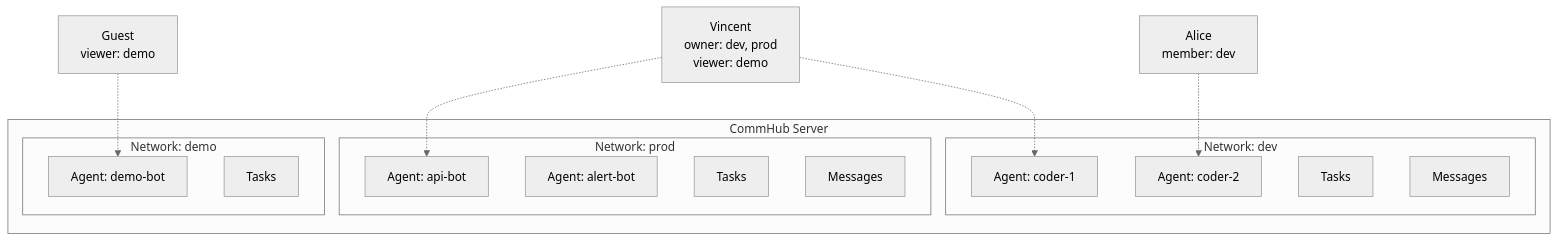
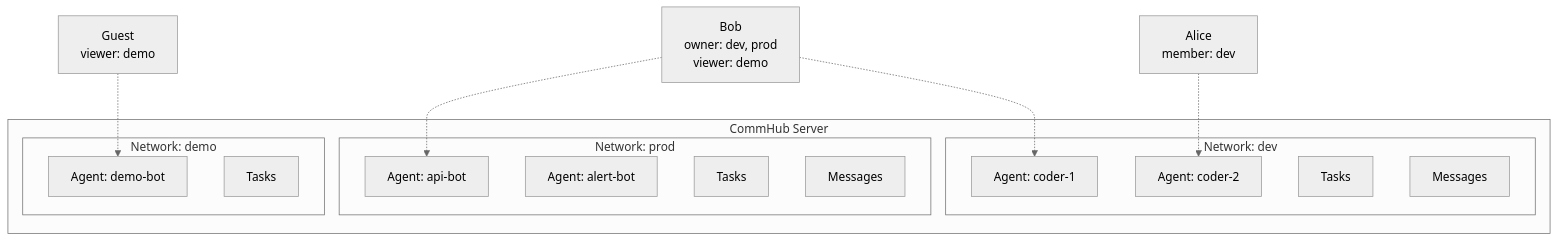
One commit to sleep2agi/agent-network changed the diagram in docs-site/docs/en/concepts/networks.md. Above: the diagram before and after it, drawn with Mermaid (neutral theme). The commit also changed 2 other files, not shown here.

Commit message:
docs(round-85): docs-site live docs 'Vincent' PII 清理（12 处）— api/rest.md 'display_name: "Vincent"' / '"Vincent Chen"' → 'Alice' / 'Alice Smith' (ZH+EN 各 5 处) + concepts/networks.md mermaid U1[Vincent] → U1[Alice] (ZH) / U1[Bob] (EN，避 U2 Alice 冲突)。R71 docs-site 'user="vincent"' sweep 后续清理 (basics/channels 中作者 reference 保留)

````diff
--- a/docs-site/docs/en/concepts/networks.md
+++ b/docs-site/docs/en/concepts/networks.md
@@ -14,32 +14,32 @@
 ```mermaid
 graph TB
     subgraph "CommHub Server"
         subgraph "Network: dev"
             DA1[Agent: coder-1]
             DA2[Agent: coder-2]
             DT[Tasks]
             DM[Messages]
         end
 
         subgraph "Network: prod"
             PA1[Agent: api-bot]
             PA2[Agent: alert-bot]
             PT[Tasks]
             PM[Messages]
         end
 
         subgraph "Network: demo"
             XA1[Agent: demo-bot]
             XT[Tasks]
         end
     end
 
-    U1[Vincent<br/>owner: dev, prod<br/>viewer: demo]
+    U1[Bob<br/>owner: dev, prod<br/>viewer: demo]
     U2[Alice<br/>member: dev]
     U3[Guest<br/>viewer: demo]
 
     U1 -.-> DA1
     U1 -.-> PA1
     U2 -.-> DA2
     U3 -.-> XA1
 ```
````
